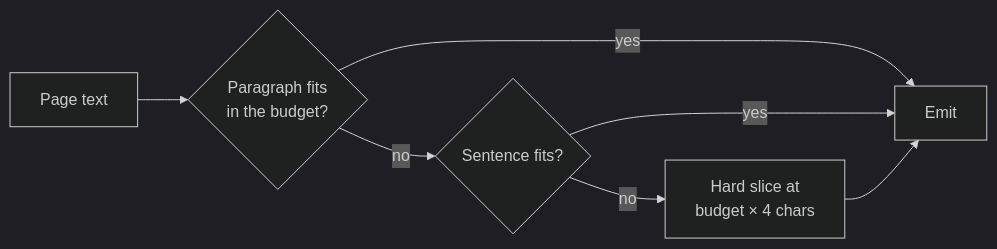
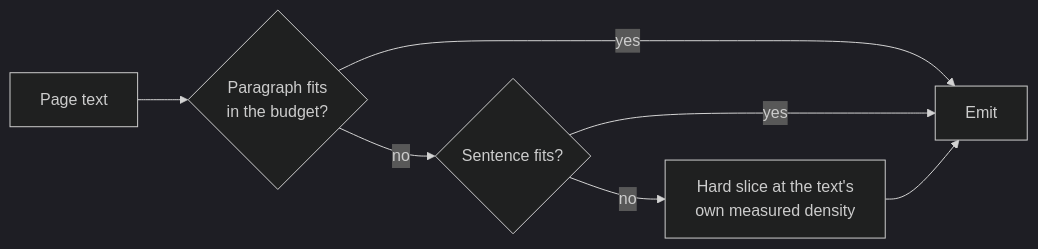
One commit to devdaviddr/nextjs-rag-boilerplate changed the second of 7 diagrams in docs/rag.md. Above: the diagram before and after it, drawn with Mermaid (dark theme). The commit also changed other lines of this file and 5 other files, not shown here.

````diff
--- a/docs/rag.md
+++ b/docs/rag.md
@@ -184,9 +184,9 @@
 ```mermaid
 flowchart LR
     P["Page text"] --> A{"Paragraph fits<br>in the budget?"}
     A -->|yes| K["Emit"]
     A -->|no| B{"Sentence fits?"}
     B -->|yes| K
-    B -->|no| H["Hard slice at<br>budget × 4 chars"]
+    B -->|no| H["Hard slice at the text's<br>own measured density"]
     H --> K
 ```
````
